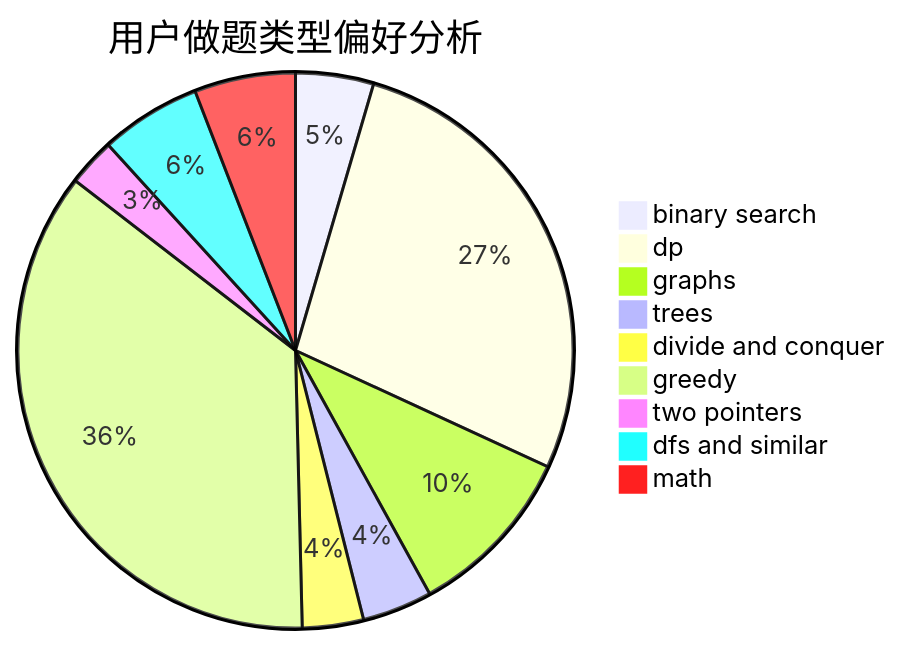
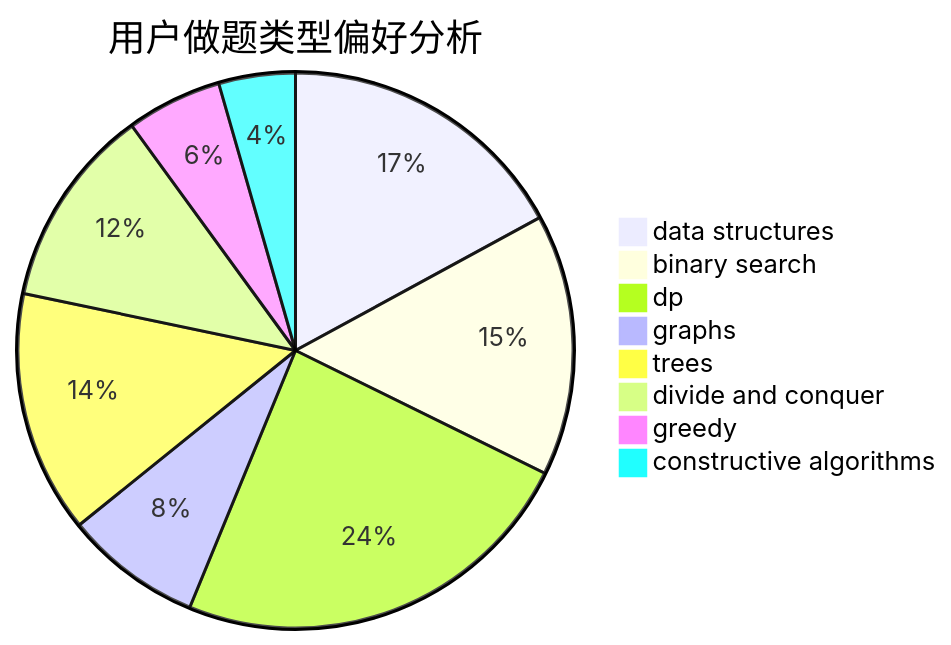
The second of 3 diagrams in docs/user/u344.md (sherpahu/cfrs.github.io), drawn with Mermaid before and after one commit. The commit also changed other lines of this file and 2775 other files, not shown here.

````diff
--- a/docs/user/u344.md
+++ b/docs/user/u344.md
@@ -23,12 +23,11 @@
 ```mermaid
 pie title 用户做题类型偏好分析
-    "binary search" :  88
-    "dp" :  530
-    "graphs" :  196
-    "trees" :  79
-    "divide and conquer" :  69
-    "greedy" :  695
-    "two pointers" :  54
-    "dfs and similar" :  114
-    "math" :  114
+    "data structures" :  92
+    "binary search" :  82
+    "dp" :  129
+    "graphs" :  43
+    "trees" :  76
+    "divide and conquer" :  63
+    "greedy" :  30
+    "constructive algorithms" :  24
 ```
````
